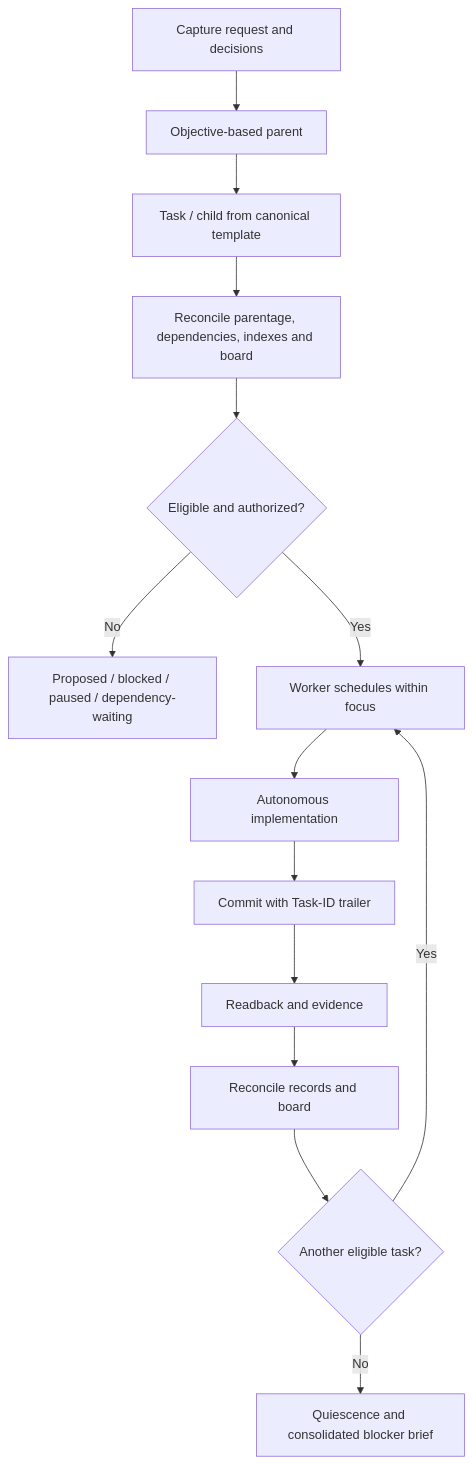
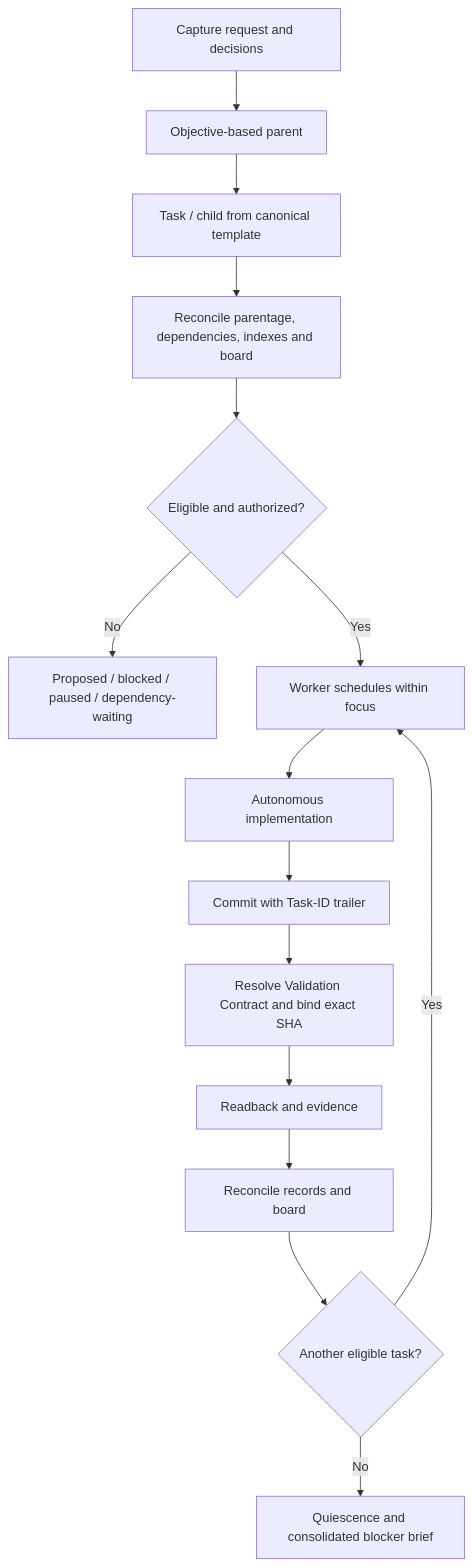
The second of 5 diagrams in .agent/WORKFLOW_MAP.md (dungnv2602/chatgpt), drawn with Mermaid before and after one commit. The commit also changed other lines of this file, not shown here.

Commit message:
Map exact-SHA task contract workflow
Task-ID: 20261128-230000-02

````diff
--- a/.agent/WORKFLOW_MAP.md
+++ b/.agent/WORKFLOW_MAP.md
@@ -25,16 +25,17 @@
 ```mermaid
 flowchart TD
  A[Capture request and decisions] --> B[Objective-based parent]
  B --> C[Task / child from canonical template]
  C --> D[Reconcile parentage, dependencies, indexes and board]
  D --> E{Eligible and authorized?}
  E -->|No| F[Proposed / blocked / paused / dependency-waiting]
  E -->|Yes| G[Worker schedules within focus]
  G --> H[Autonomous implementation]
  H --> I[Commit with Task-ID trailer]
- I --> J[Readback and evidence]
- J --> K[Reconcile records and board]
- K --> L{Another eligible task?}
- L -->|Yes| G
- L -->|No| M[Quiescence and consolidated blocker brief]
+ I --> J[Resolve Validation Contract and bind exact SHA]
+ J --> K[Readback and evidence]
+ K --> L[Reconcile records and board]
+ L --> M{Another eligible task?}
+ M -->|Yes| G
+ M -->|No| N[Quiescence and consolidated blocker brief]
 ```
````
